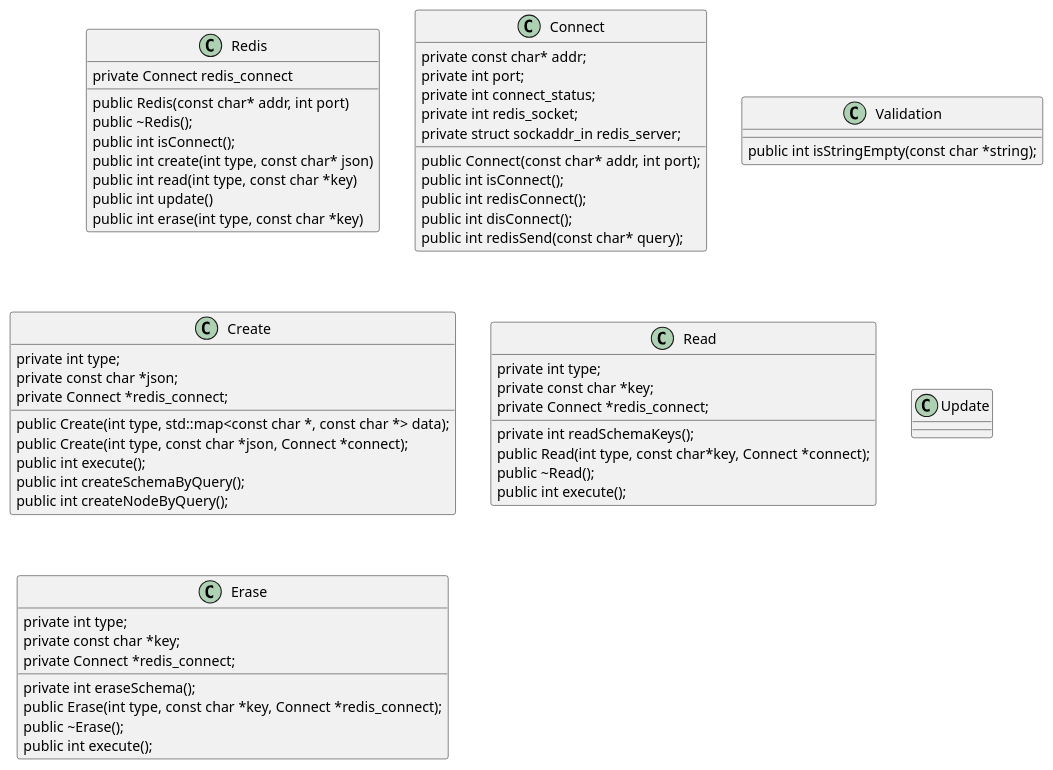
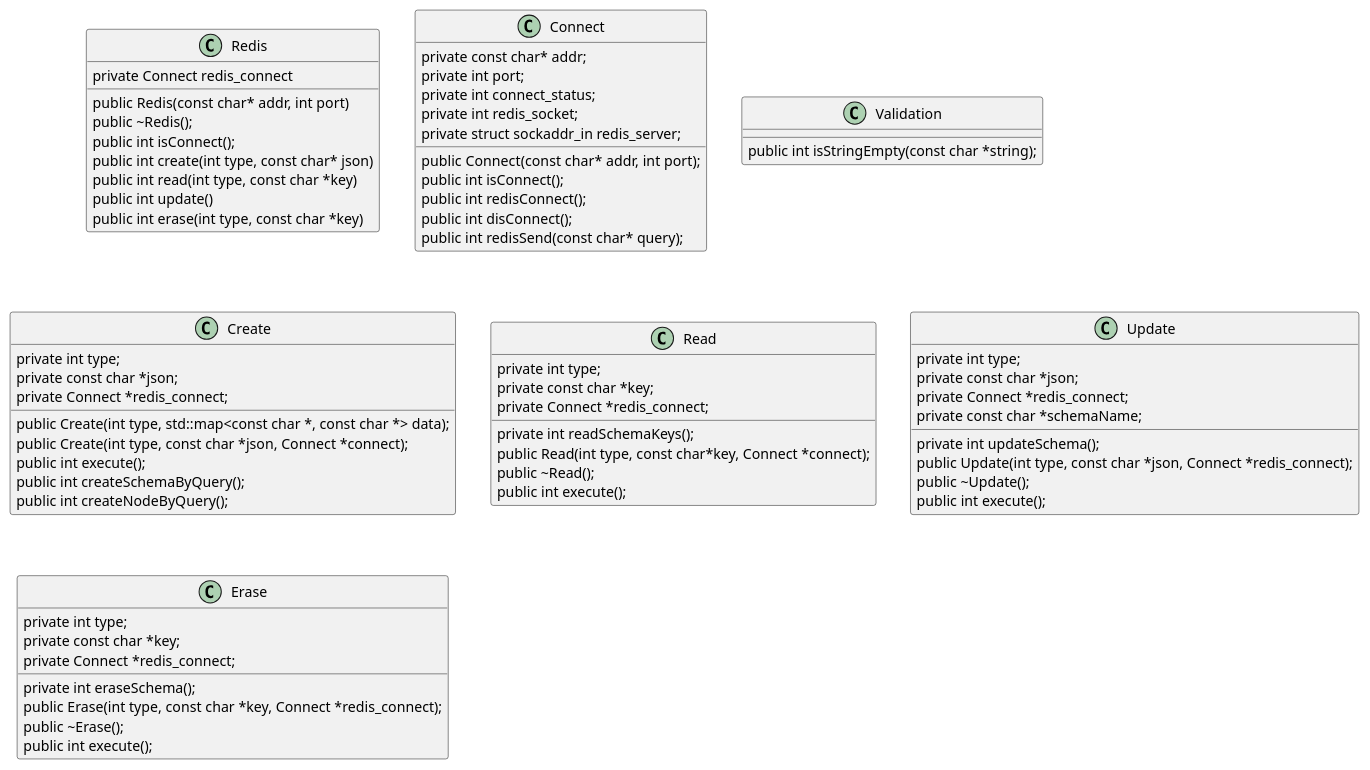
The diagram in doc/class.puml (pymc20/redis), drawn with PlantUML before and after one commit. The commit also changed 6 other files, not shown here.

```diff
--- a/doc/class.puml
+++ b/doc/class.puml
@@ -1,62 +1,72 @@
 @startuml uml
 class Redis
 {
     private Connect redis_connect
     public Redis(const char* addr, int port)
     public ~Redis();
     public int isConnect();
     public int create(int type, const char* json)
     public int read(int type, const char *key)
     public int update()
     public int erase(int type, const char *key)
 }
 class Connect
 {
     private const char* addr;
     private int port;
     private int connect_status;
     private int redis_socket;
     private struct sockaddr_in redis_server;
     public Connect(const char* addr, int port);
     public int isConnect();
     public int redisConnect();
     public int disConnect();
     public int redisSend(const char* query);
 }
 class Validation
 {
     public int isStringEmpty(const char *string);
 }
 class Create
 {
     private int type;
     private const char *json;
     private Connect *redis_connect;
     public Create(int type, std::map<const char *, const char *> data);
     public Create(int type, const char *json, Connect *connect);
     public int execute();
     public int createSchemaByQuery();
     public int createNodeByQuery();
 }
 class Read
 {
     private int type;
     private const char *key;
     private Connect *redis_connect;
     private int readSchemaKeys();
     public Read(int type, const char*key, Connect *connect);
     public ~Read();
     public int execute();
 }
 class Update
+{
+    private int type;
+    private const char *json;
+    private Connect *redis_connect;
+    private const char *schemaName;
+    private int updateSchema();
+    public Update(int type, const char *json, Connect *redis_connect);
+    public ~Update();
+    public int execute();
+}
 class Erase
 {
     private int eraseSchema();
     private int type;
     private const char *key;
     private Connect *redis_connect;
     public Erase(int type, const char *key, Connect *redis_connect);
     public ~Erase();
     public int execute();
 }
 @enduml
```
